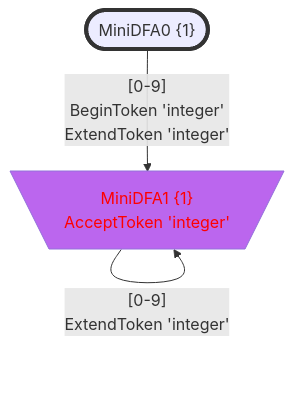
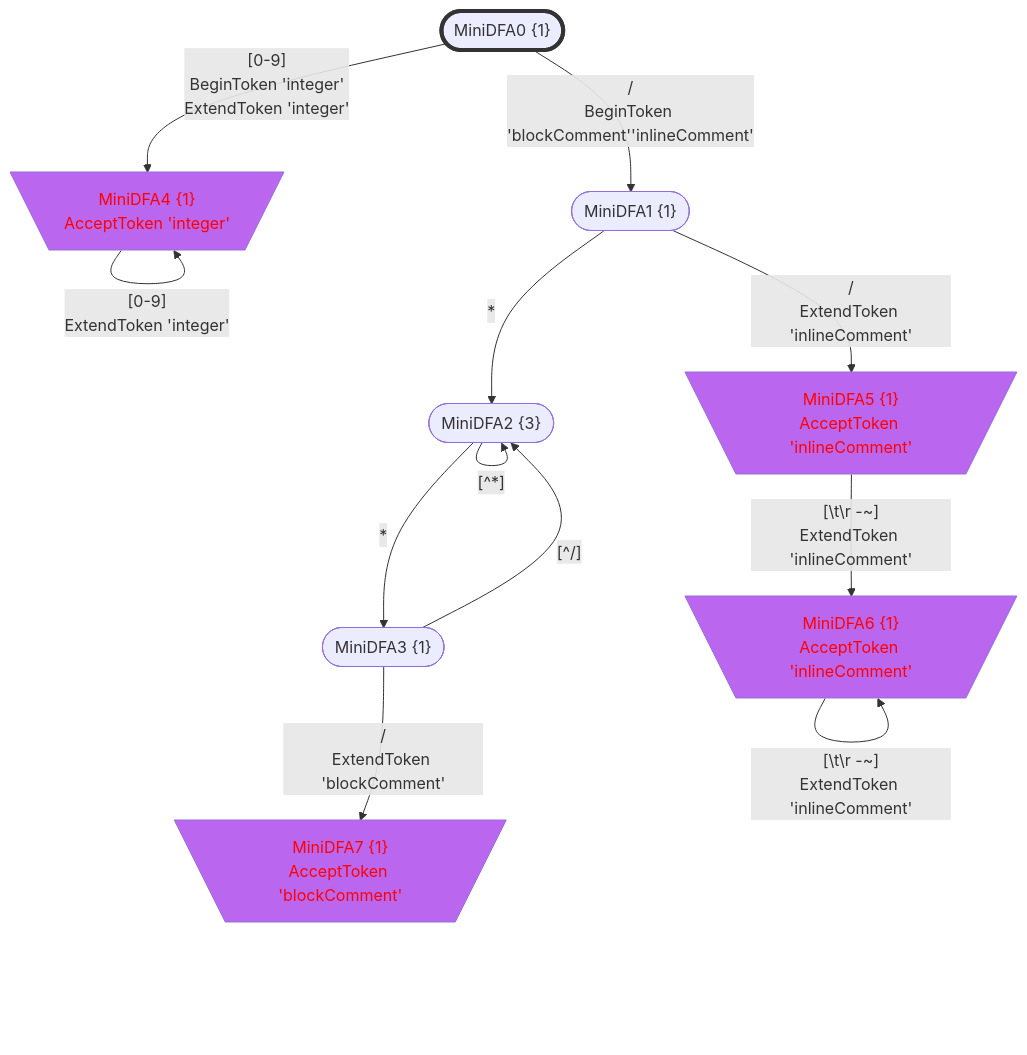
Before and after one commit to bitzhuwei/GrammarMentor: the seventh of 7 diagrams in Practices/Practice.GeneratedXxxFormat.Test/GeneratedInts/doc/LexicalStates.gen.md, drawn with Mermaid. The commit also changed other lines of this file and 3868 other files, not shown here.

````diff
--- a/Practices/Practice.GeneratedXxxFormat.Test/GeneratedInts/doc/LexicalStates.gen.md
+++ b/Practices/Practice.GeneratedXxxFormat.Test/GeneratedInts/doc/LexicalStates.gen.md
@@ -254,28 +687,54 @@
 ```Mermaid
 flowchart
 classDef c0001 color:#FF0000;
 classDef c0010 stroke-dasharray: 10 10;
 classDef c0011 stroke-dasharray: 10 10,color:#FF0000;
 classDef c0100 fill:#BB66EE;
 classDef c0101 fill:#BB66EE,color:#FF0000;
 classDef c0110 fill:#BB66EE,stroke-dasharray: 10 10;
 classDef c0111 fill:#BB66EE,stroke-dasharray: 10 10,color:#FF0000;
 classDef c1000 stroke:#333,stroke-width:4px;
 classDef c1001 stroke:#333,stroke-width:4px,color:#FF0000;
 classDef c1010 stroke:#333,stroke-width:4px,stroke-dasharray: 10 10;
 classDef c1011 stroke:#333,stroke-width:4px,stroke-dasharray: 10 10,color:#FF0000;
 classDef c1100 stroke:#333,stroke-width:4px,fill:#BB66EE;
 classDef c1101 stroke:#333,stroke-width:4px,fill:#BB66EE,color:#FF0000;
 classDef c1110 stroke:#333,stroke-width:4px,fill:#BB66EE,stroke-dasharray: 10 10;
 classDef c1111 stroke:#333,stroke-width:4px,fill:#BB66EE,stroke-dasharray: 10 10,color:#FF0000;
-MiniDFA0_-471964189(["MiniDFA0 {1}"])
-class MiniDFA0_-471964189 c1000;
-MiniDFA1_-1553326227[\"MiniDFA1 {1}
+MiniDFA0_1689043295(["MiniDFA0 {1}"])
+class MiniDFA0_1689043295 c1000;
+MiniDFA4_1589456906[\"MiniDFA4 {1}
 AcceptToken 'integer'"/]
-class MiniDFA1_-1553326227 c0101;
-MiniDFA0_-471964189 -->|"[0-9]
+class MiniDFA4_1589456906 c0101;
+MiniDFA1_-712178828(["MiniDFA1 {1}"])
+MiniDFA2_905090704(["MiniDFA2 {3}"])
+MiniDFA5_-503631591[\"MiniDFA5 {1}
+AcceptToken 'inlineComment'"/]
+class MiniDFA5_-503631591 c0101;
+MiniDFA3_1163369074(["MiniDFA3 {1}"])
+MiniDFA6_53766736[\"MiniDFA6 {1}
+AcceptToken 'inlineComment'"/]
+class MiniDFA6_53766736 c0101;
+MiniDFA7_-1375809239[\"MiniDFA7 {1}
+AcceptToken 'blockComment'"/]
+class MiniDFA7_-1375809239 c0101;
+MiniDFA0_1689043295 -->|"[0-9]
 BeginToken 'integer'
-ExtendToken 'integer'"|MiniDFA1_-1553326227
-MiniDFA1_-1553326227 -->|"[0-9]
-ExtendToken 'integer'"|MiniDFA1_-1553326227
+ExtendToken 'integer'"|MiniDFA4_1589456906
+MiniDFA0_1689043295 -->|"/
+BeginToken 'blockComment''inlineComment'"|MiniDFA1_-712178828
+MiniDFA4_1589456906 -->|"[0-9]
+ExtendToken 'integer'"|MiniDFA4_1589456906
+MiniDFA1_-712178828 -->|"*"|MiniDFA2_905090704
+MiniDFA1_-712178828 -->|"/
+ExtendToken 'inlineComment'"|MiniDFA5_-503631591
+MiniDFA2_905090704 -->|"[^*]"|MiniDFA2_905090704
+MiniDFA2_905090704 -->|"*"|MiniDFA3_1163369074
+MiniDFA5_-503631591 -->|"[#92;t#92;r#32;-~]
+ExtendToken 'inlineComment'"|MiniDFA6_53766736
+MiniDFA3_1163369074 -->|"[^/]"|MiniDFA2_905090704
+MiniDFA3_1163369074 -->|"/
+ExtendToken 'blockComment'"|MiniDFA7_-1375809239
+MiniDFA6_53766736 -->|"[#92;t#92;r#32;-~]
+ExtendToken 'inlineComment'"|MiniDFA6_53766736
 ```
````
